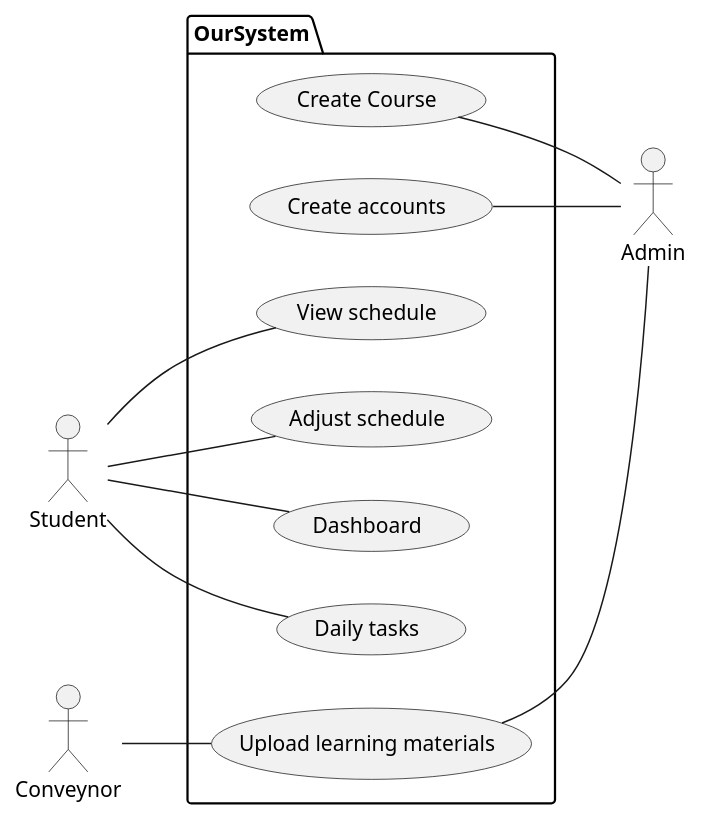
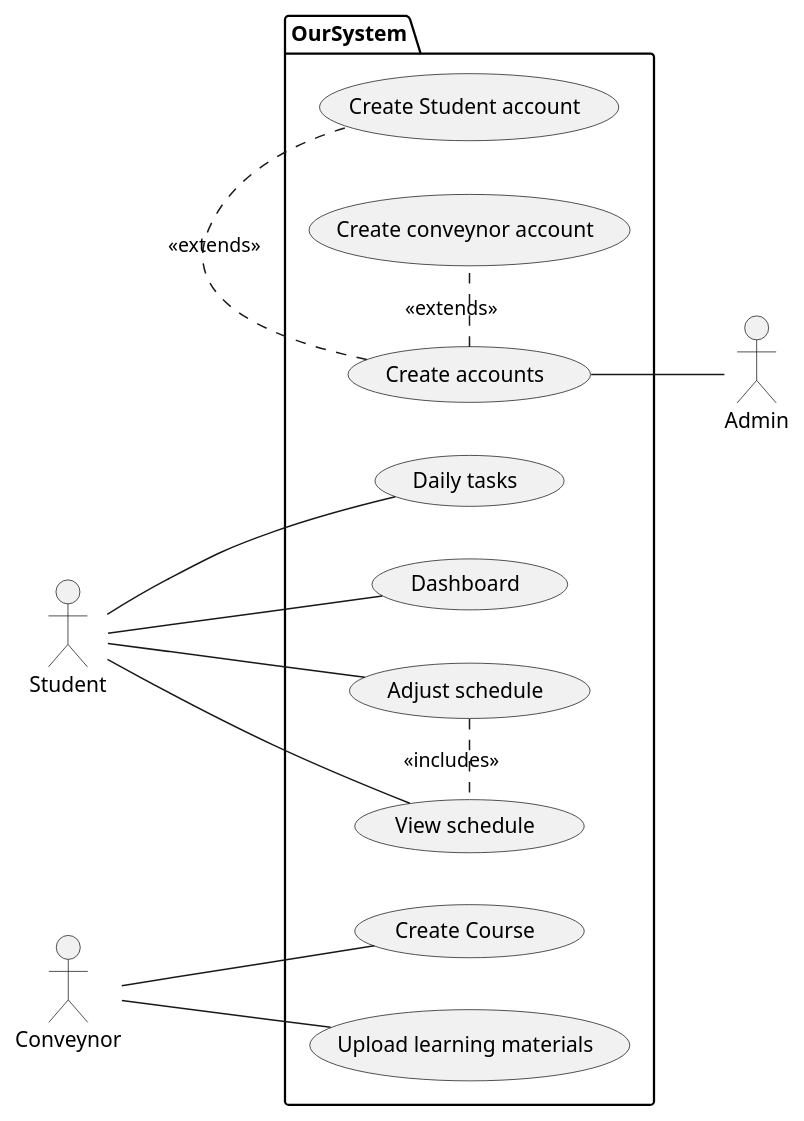
Before and after one commit to youssefsadquy/Study-Scheduler: the diagram in UML_Diagram.pu, drawn with PlantUML.

Commit message:
Add include and extends relationships

```diff
--- a/UML_Diagram.pu
+++ b/UML_Diagram.pu
@@ -10,34 +10,42 @@
 @startuml Use_case
 left to right direction
 
 actor Student 
 actor Admin
 actor Conveynor
 
 package OurSystem {
     usecase "Create Course" as create_cse
+
     usecase "Create accounts" as create_acc
+    usecase "Create Student account" as student_acc
+    create_acc . student_acc : << extends >>
+    usecase "Create conveynor account" as conveynor_acc
+    create_acc . conveynor_acc : << extends >>
+
     usecase "Upload learning materials" as upload_learning_materials
 
     usecase "Daily tasks" as todos
+    
     usecase "View schedule" as view_sched
     usecase "Adjust schedule" as adjustment
     usecase "Dashboard" as dashboard
 
-    create_cse -- Admin
+    /'
+     ' Whenever adjustment use case happens, view schedule use case will happen
+     ' as a subcase of the adjstment use case. 
+    '/
+    adjustment . view_sched : << includes >>
+
     create_acc -- Admin
-    upload_learning_materials -- Admin
 
     Student -- view_sched
     Student -- todos
     Student -- adjustment
     Student -- dashboard
 
     Conveynor -- upload_learning_materials
+    Conveynor -- create_cse
 }
 
-
-
-
-
 @enduml
```
